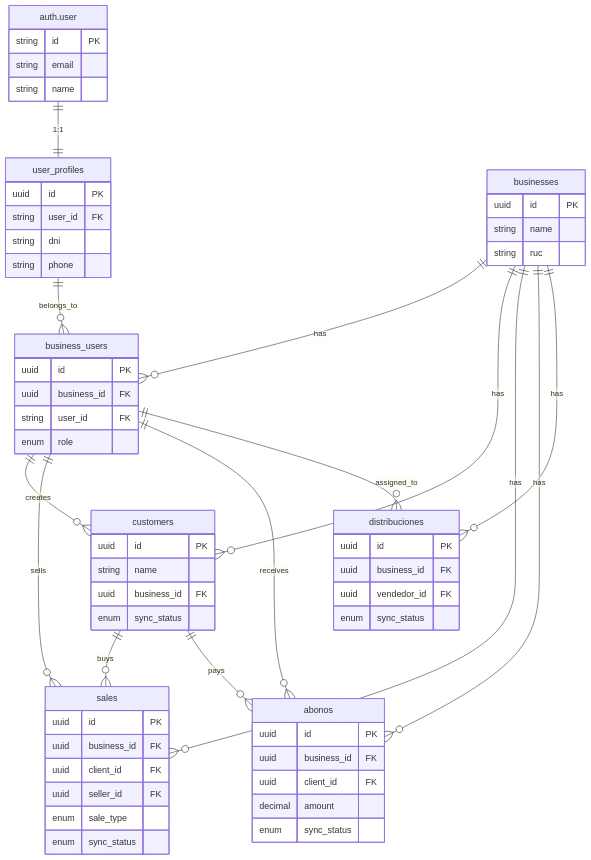
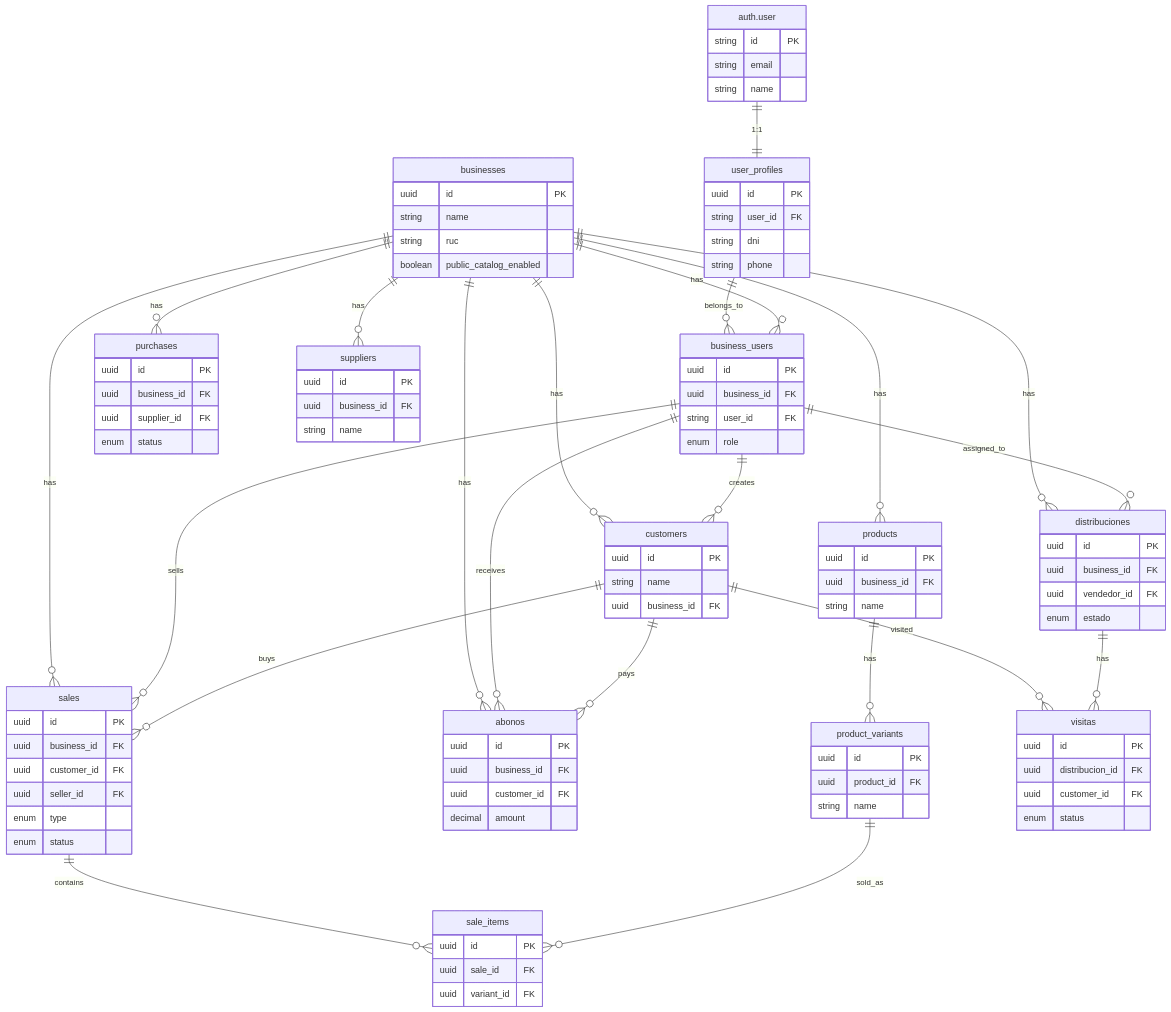
The diagram in .claude/skills/avileo/DATABASE.md (leobar37/leobit2), drawn with Mermaid before and after one commit. The commit also changed other lines of this file and 28 other files, not shown here.

Commit message:
feat(app): refine product management flows

````diff
--- a/.claude/skills/avileo/DATABASE.md
+++ b/.claude/skills/avileo/DATABASE.md
@@ -474,6 +956,7 @@
         uuid id PK
         string name
         string ruc
+        boolean public_catalog_enabled
     }
 
     business_users {
@@ -487,31 +970,67 @@
         uuid id PK
         string name
         uuid business_id FK
-        enum sync_status
     }
 
     sales {
         uuid id PK
         uuid business_id FK
-        uuid client_id FK
+        uuid customer_id FK
         uuid seller_id FK
-        enum sale_type
-        enum sync_status
+        enum type
+        enum status
+    }
+
+    sale_items {
+        uuid id PK
+        uuid sale_id FK
+        uuid variant_id FK
     }
 
     abonos {
         uuid id PK
         uuid business_id FK
-        uuid client_id FK
+        uuid customer_id FK
         decimal amount
-        enum sync_status
+    }
+
+    products {
+        uuid id PK
+        uuid business_id FK
+        string name
+    }
+
+    product_variants {
+        uuid id PK
+        uuid product_id FK
+        string name
     }
 
     distribuciones {
         uuid id PK
         uuid business_id FK
         uuid vendedor_id FK
-        enum sync_status
+        enum estado
+    }
+
+    purchases {
+        uuid id PK
+        uuid business_id FK
+        uuid supplier_id FK
+        enum status
+    }
+
+    suppliers {
+        uuid id PK
+        uuid business_id FK
+        string name
+    }
+
+    visitas {
+        uuid id PK
+        uuid distribucion_id FK
+        uuid customer_id FK
+        enum status
     }
 
     AUTH_USER ||--|| user_profiles : "1:1"
@@ -521,10 +1040,18 @@
     businesses ||--o{ sales : "has"
     businesses ||--o{ abonos : "has"
     businesses ||--o{ distribuciones : "has"
+    businesses ||--o{ purchases : "has"
+    businesses ||--o{ suppliers : "has"
+    businesses ||--o{ products : "has"
     business_users ||--o{ customers : "creates"
     business_users ||--o{ sales : "sells"
     business_users ||--o{ abonos : "receives"
     business_users ||--o{ distribuciones : "assigned_to"
     customers ||--o{ sales : "buys"
     customers ||--o{ abonos : "pays"
+    customers ||--o{ visitas : "visited"
+    sales ||--o{ sale_items : "contains"
+    products ||--o{ product_variants : "has"
+    product_variants ||--o{ sale_items : "sold_as"
+    distribuciones ||--o{ visitas : "has"
 ```
````
